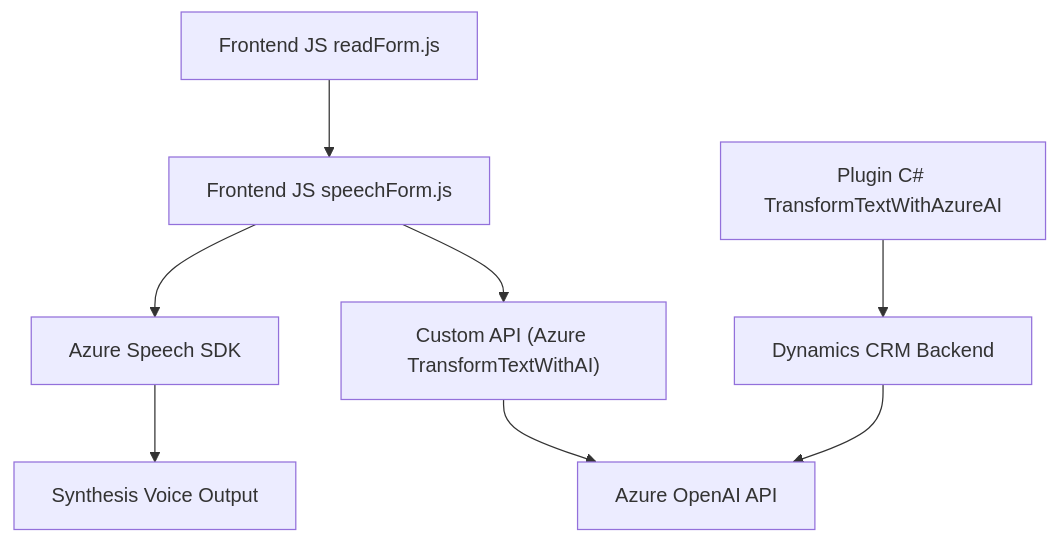
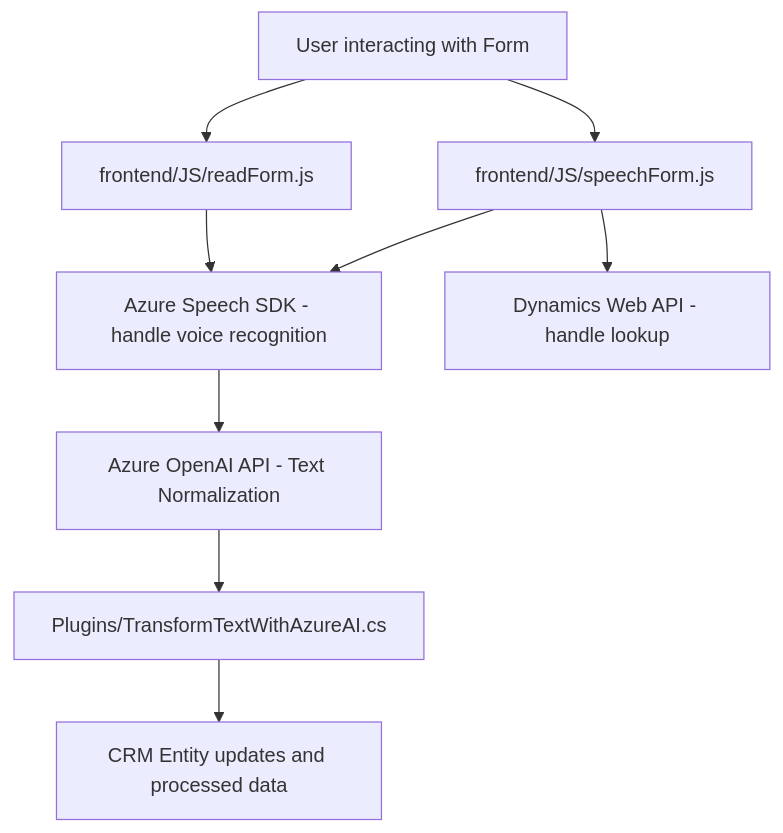
The diagram in README.md (blopezdm/NETCORE_BILBAO2025), drawn with Mermaid before and after one commit. The commit also changed other lines of this file, not shown here.

````diff
--- a/README.md
+++ b/README.md
@@ -50,11 +35,11 @@
 ```mermaid
 graph TD
-    A["Frontend JS readForm.js"] --> B["Frontend JS speechForm.js"]
-    B --> C["Azure Speech SDK"]
-    B --> D["Custom API (Azure TransformTextWithAI)"]
-    D --> F["Azure OpenAI API"]
-    C --> H["Synthesis Voice Output"]
-    
-    E["Plugin C# TransformTextWithAzureAI"] --> G["Dynamics CRM Backend"]
-    G --> F
+  A["User interacting with Form"] --> B["frontend/JS/readForm.js"]
+  A --> C["frontend/JS/speechForm.js"]
+  B --> D["Azure Speech SDK - handle synthesis"]
+  C --> D["Azure Speech SDK - handle voice recognition"]
+  C --> E["Dynamics Web API - handle lookup"]
+  D --> F["Azure OpenAI API - Text Normalization"]
+  F --> G["Plugins/TransformTextWithAzureAI.cs"]
+  G --> H["CRM Entity updates and processed data"]
 ```
````
